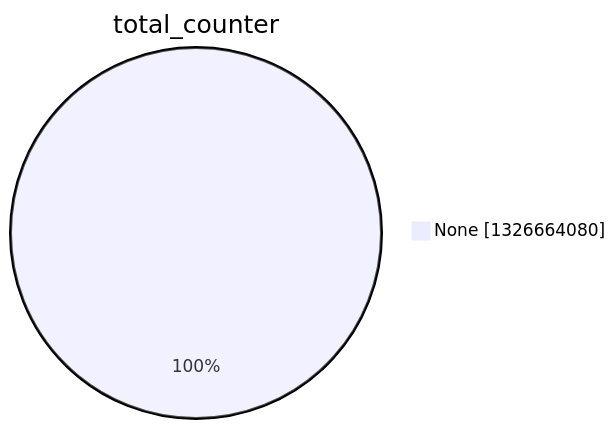
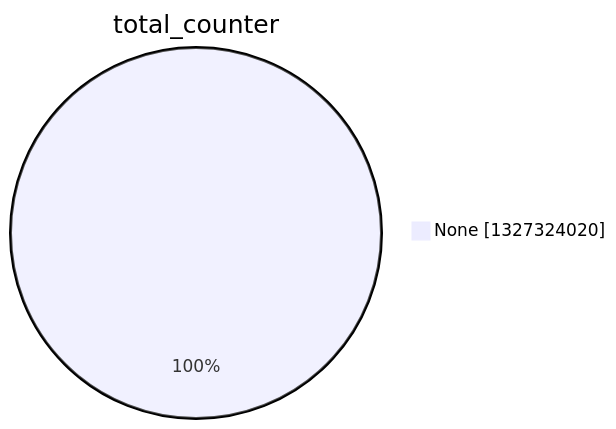
Before and after one commit to christiankrug/ctmonitor_visualization: the second of 15 diagrams in argon2022/README.md, drawn with Mermaid. The commit also changed other lines of this file, not shown here.

````diff
--- a/argon2022/README.md
+++ b/argon2022/README.md
@@ -9,5 +9,5 @@
 ```mermaid
 pie showData
 title total_counter
-"None" :1326664080
+"None" :1327324020
 ```
````
